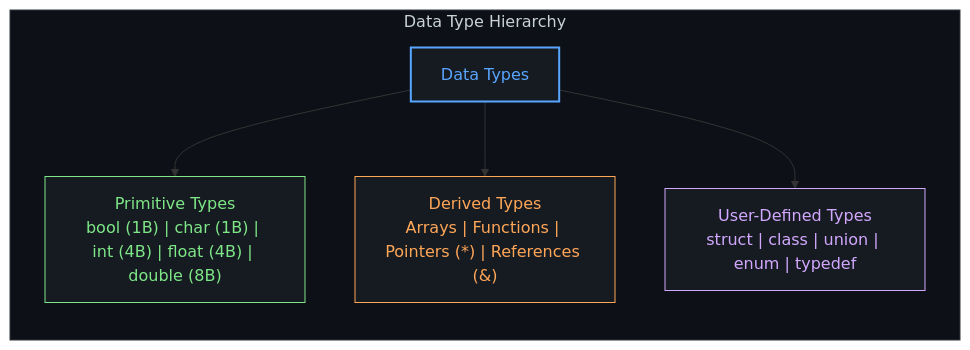
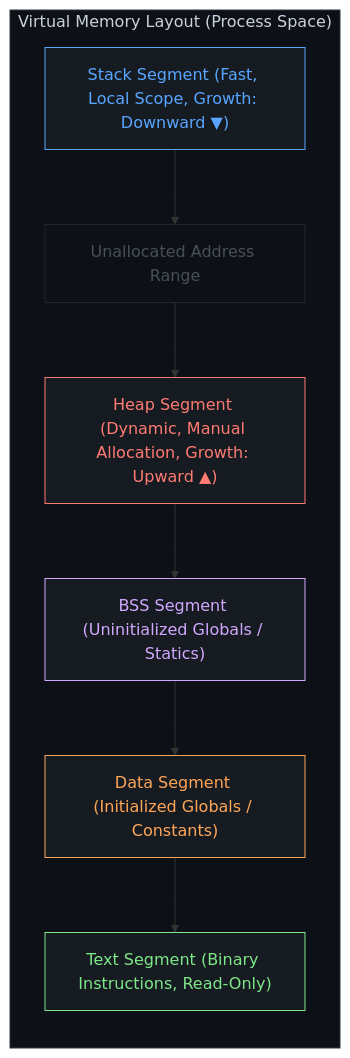
Before and after one commit to Shomay12/Working-with-Cpp: the second of 3 diagrams in README.md, drawn with Mermaid. The commit also changed other lines of this file, not shown here.

Commit message:
docs: overhaul README with architecture diagrams, bit-level memory layout and terminal pipelines

````diff
--- a/README.md
+++ b/README.md
@@ -87,20 +79,22 @@
 ```mermaid
-graph TD
-    subgraph Data_Types ["Data Type Hierarchy"]
+graph LR
+    subgraph Virtual_Address_Space ["Virtual Memory Layout (Process Space)"]
         direction TB
-        ROOT["Data Types"]
-        PRIM["Primitive Types<br/>bool (1B) | char (1B) | int (4B) | float (4B) | double (8B)"]
-        DERIV["Derived Types<br/>Arrays | Functions | Pointers (*) | References (&)"]
-        USER["User-Defined Types<br/>struct | class | union | enum | typedef"]
+        STACK["Stack Segment (Fast, Local Scope, Growth: Downward ▼)"]
+        GAP["Unallocated Address Range"]
+        HEAP["Heap Segment (Dynamic, Manual Allocation, Growth: Upward ▲)"]
+        BSS["BSS Segment (Uninitialized Globals / Statics)"]
+        DATA["Data Segment (Initialized Globals / Constants)"]
+        TEXT["Text Segment (Binary Instructions, Read-Only)"]
         
-        ROOT --> PRIM
-        ROOT --> DERIV
-        ROOT --> USER
+        STACK --> GAP --> HEAP --> BSS --> DATA --> TEXT
     end
 
-    style Data_Types fill:#0d1117,stroke:#30363d,stroke-width:1px,color:#c9d1d9
-    style ROOT fill:#161b22,stroke:#58a6ff,stroke-width:2px,color:#58a6ff
-    style PRIM fill:#161b22,stroke:#7ee787,stroke-width:1px,color:#7ee787
-    style DERIV fill:#161b22,stroke:#ffa657,stroke-width:1px,color:#ffa657
-    style USER fill:#161b22,stroke:#d2a8ff,stroke-width:1px,color:#d2a8ff
+    style Virtual_Address_Space fill:#0d1117,stroke:#30363d,stroke-width:1px,color:#c9d1d9
+    style STACK fill:#161b22,stroke:#58a6ff,color:#58a6ff
+    style GAP fill:#0d1117,stroke:#21262d,color:#484f58
+    style HEAP fill:#161b22,stroke:#ff7b72,color:#ff7b72
+    style BSS fill:#161b22,stroke:#d2a8ff,color:#d2a8ff
+    style DATA fill:#161b22,stroke:#ffa657,color:#ffa657
+    style TEXT fill:#161b22,stroke:#7ee787,color:#7ee787
 ```
````
